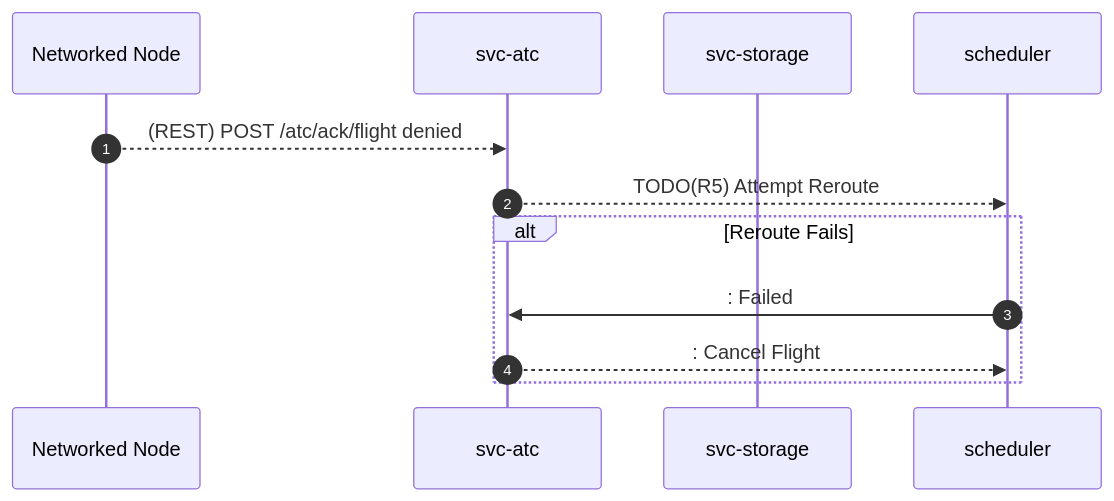
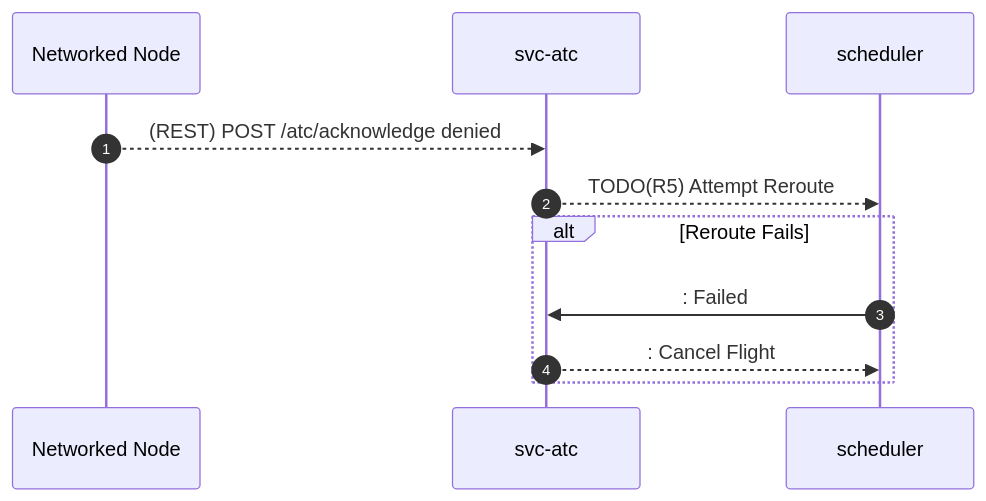
Before and after one commit to aetheric-oss/svc-atc: the second of 3 diagrams in docs/sdd.md, drawn with Mermaid. The commit also changed other lines of this file and 1 other file, not shown here.

Commit message:
chore: reviewer comments
# Conflicts:
#	Cargo.lock

````diff
--- a/docs/sdd.md
+++ b/docs/sdd.md
@@ -77,13 +77,12 @@
 ```mermaid
 sequenceDiagram
     autonumber
     participant client as Networked Node
     participant service as svc-atc
-    participant storage as svc-storage
-    client-->>service: (REST) POST /atc/ack/flight denied
+    client-->>service: (REST) POST /atc/acknowledge denied
     service-->>scheduler: TODO(R5) Attempt Reroute
     alt Reroute Fails
         scheduler->>service:: Failed
         service-->>scheduler:: Cancel Flight
     end
 ```
````
